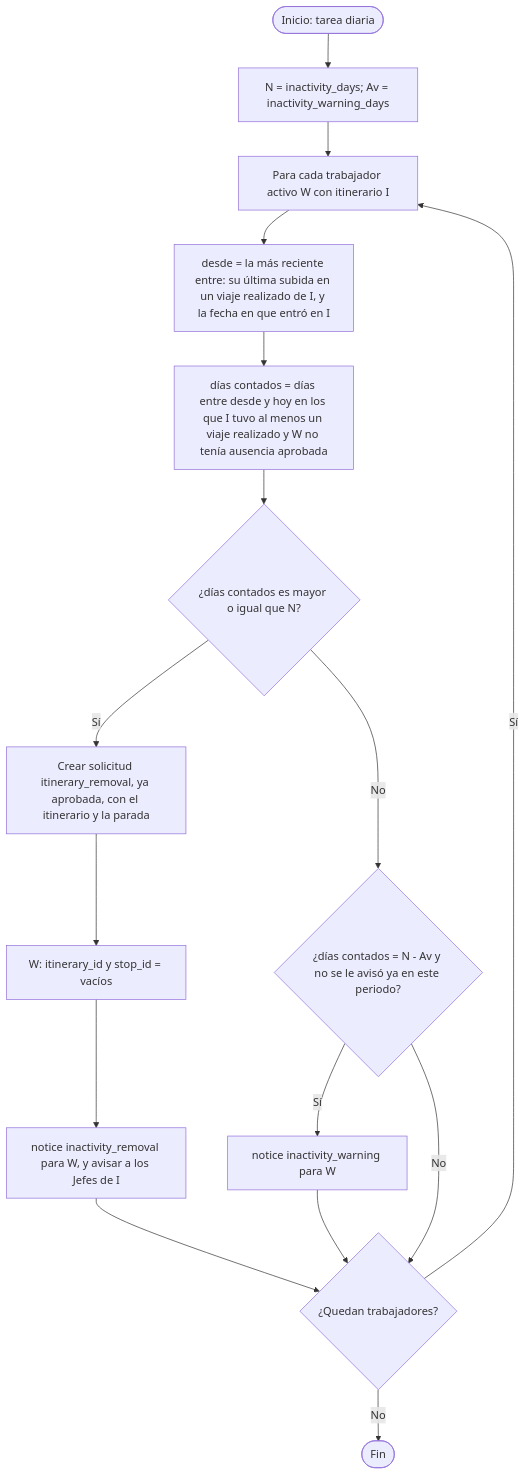
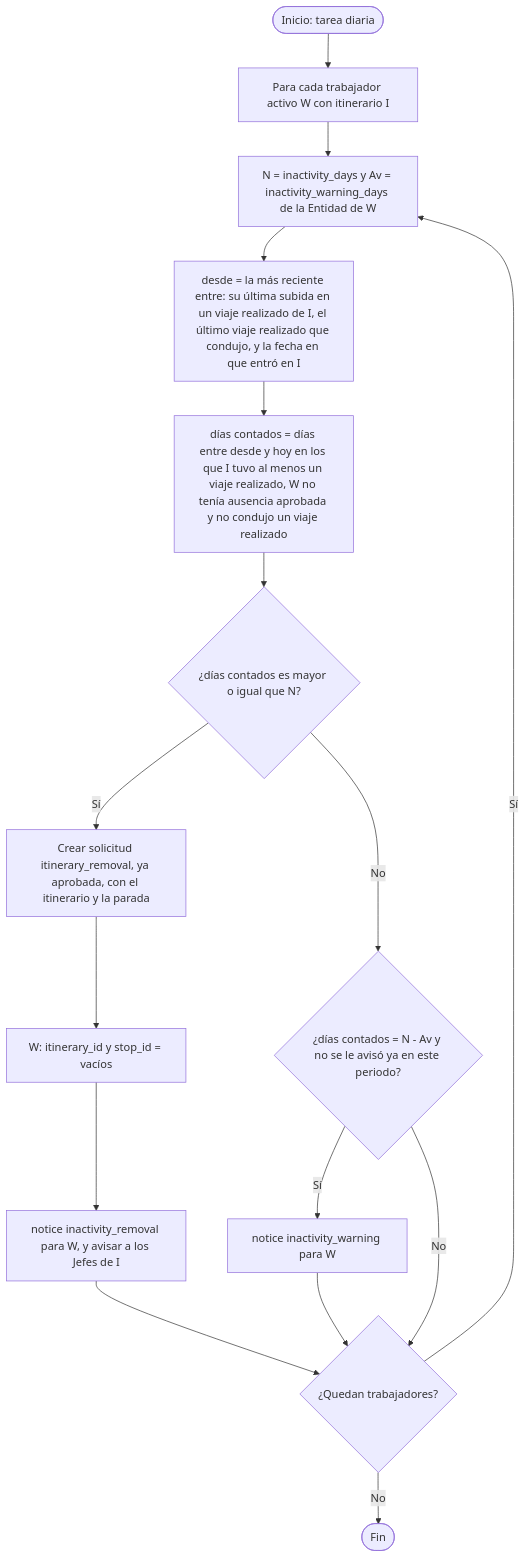
Diagram 26 of 30 in docs/07-algoritmos.md (maicolalmaralestamayo/MiRuta), drawn with Mermaid before and after one commit. The commit also changed other lines of this file and 10 other files, not shown here.

````diff
--- a/docs/07-algoritmos.md
+++ b/docs/07-algoritmos.md
@@ -675,18 +665,18 @@
 ```mermaid
 flowchart TD
-    A(["Inicio: tarea diaria"]) --> B["N = inactivity_days; Av = inactivity_warning_days"]
-    B --> C["Para cada trabajador activo W con itinerario I"]
-    C --> D["desde = la más reciente entre: su última subida en un viaje realizado de I, y la fecha en que entró en I"]
-    D --> E["días contados = días entre desde y hoy en los que I tuvo al menos un viaje realizado y W no tenía ausencia aprobada"]
+    A(["Inicio: tarea diaria"]) --> B["Para cada trabajador activo W con itinerario I"]
+    B --> C["N = inactivity_days y Av = inactivity_warning_days de la Entidad de W"]
+    C --> D["desde = la más reciente entre: su última subida en un viaje realizado de I, el último viaje realizado que condujo, y la fecha en que entró en I"]
+    D --> E["días contados = días entre desde y hoy en los que I tuvo al menos un viaje realizado, W no tenía ausencia aprobada y no condujo un viaje realizado"]
     E --> F{"¿días contados es mayor o igual que N?"}
     F -->|Sí| G["Crear solicitud itinerary_removal, ya aprobada, con el itinerario y la parada"]
     G --> H["W: itinerary_id y stop_id = vacíos"]
     H --> I2["notice inactivity_removal para W, y avisar a los Jefes de I"]
     F -->|No| J{"¿días contados = N - Av y no se le avisó ya en este periodo?"}
     J -->|Sí| K["notice inactivity_warning para W"]
     J -->|No| L
     I2 --> L{"¿Quedan trabajadores?"}
     K --> L
     L -->|Sí| C
     L -->|No| Z(["Fin"])
 ```
````
